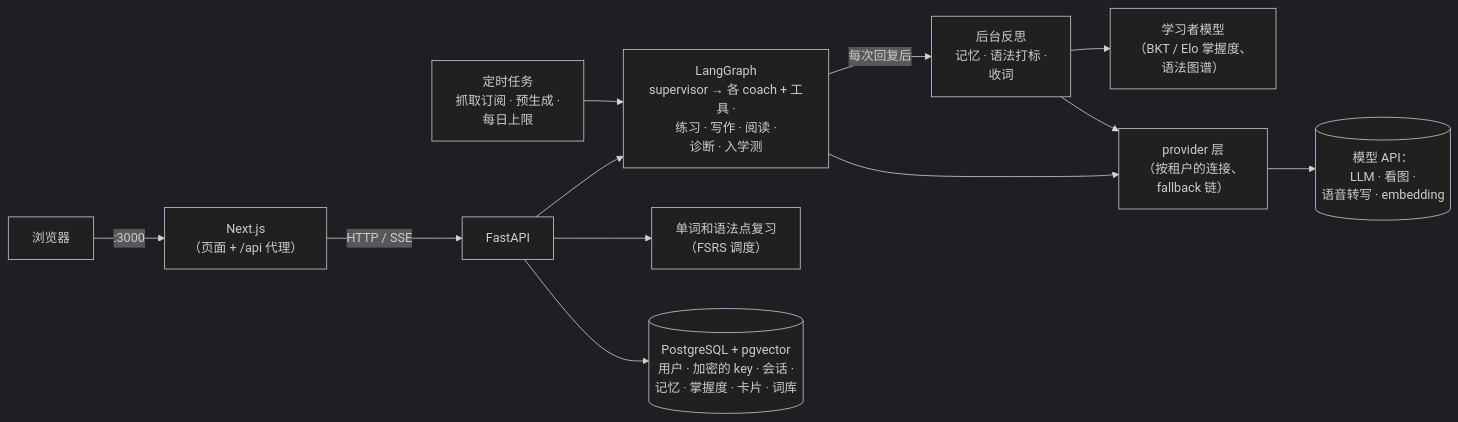
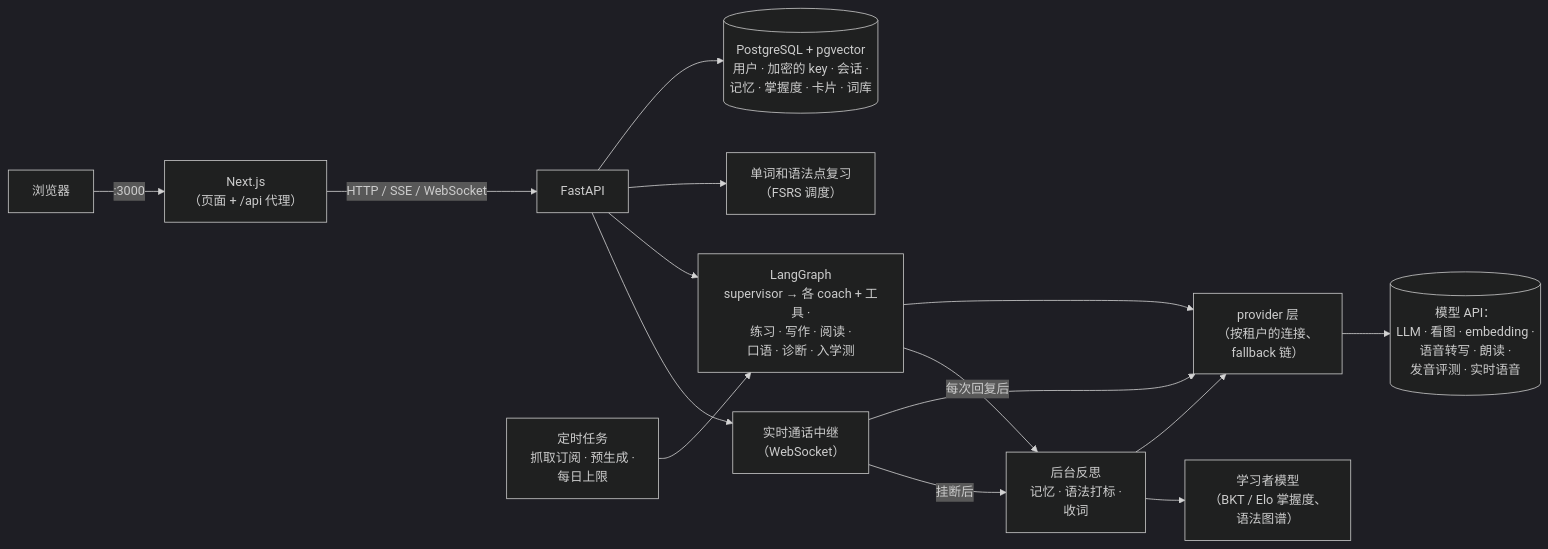
The diagram in README.zh-CN.md (YangD1/lingo-agent), drawn with Mermaid (dark theme) before and after one commit. The commit also changed other lines of this file and 9 other files, not shown here.

First line of the commit message:
docs: 任务 64.4 README 补口语练习和通话截图，标 P3 完成

````diff
--- a/README.zh-CN.md
+++ b/README.zh-CN.md
@@ -143,14 +145,17 @@
 ```mermaid
 flowchart LR
     B[浏览器] -->|:3000| F["Next.js<br/>（页面 + /api 代理）"]
-    F -->|"HTTP / SSE"| A[FastAPI]
-    A --> G["LangGraph<br/>supervisor → 各 coach + 工具 ·<br/>练习 · 写作 · 阅读 ·<br/>诊断 · 入学测"]
+    F -->|"HTTP / SSE / WebSocket"| A[FastAPI]
+    A --> W
+    A --> G["LangGraph<br/>supervisor → 各 coach + 工具 ·<br/>练习 · 写作 · 阅读 ·<br/>口语 · 诊断 · 入学测"]
+    W["实时通话中继<br/>（WebSocket）"] -->|"挂断后"| R
     G -->|"每次回复后"| R["后台反思<br/>记忆 · 语法打标 ·<br/>收词"]
     R --> L["学习者模型<br/>（BKT / Elo 掌握度、<br/>语法图谱）"]
     A --> V["单词和语法点复习<br/>（FSRS 调度）"]
     S["定时任务<br/>抓取订阅 · 预生成 ·<br/>每日上限"] --> G
     G --> P["provider 层<br/>（按租户的连接、<br/>fallback 链）"]
     R --> P
-    P --> M[("模型 API：<br/>LLM · 看图 ·<br/>语音转写 · embedding")]
+    W --> P
+    P --> M[("模型 API：<br/>LLM · 看图 · embedding ·<br/>语音转写 · 朗读 ·<br/>发音评测 · 实时语音")]
     A --> D[("PostgreSQL + pgvector<br/>用户 · 加密的 key · 会话 ·<br/>记忆 · 掌握度 · 卡片 · 词库")]
 ```
````
